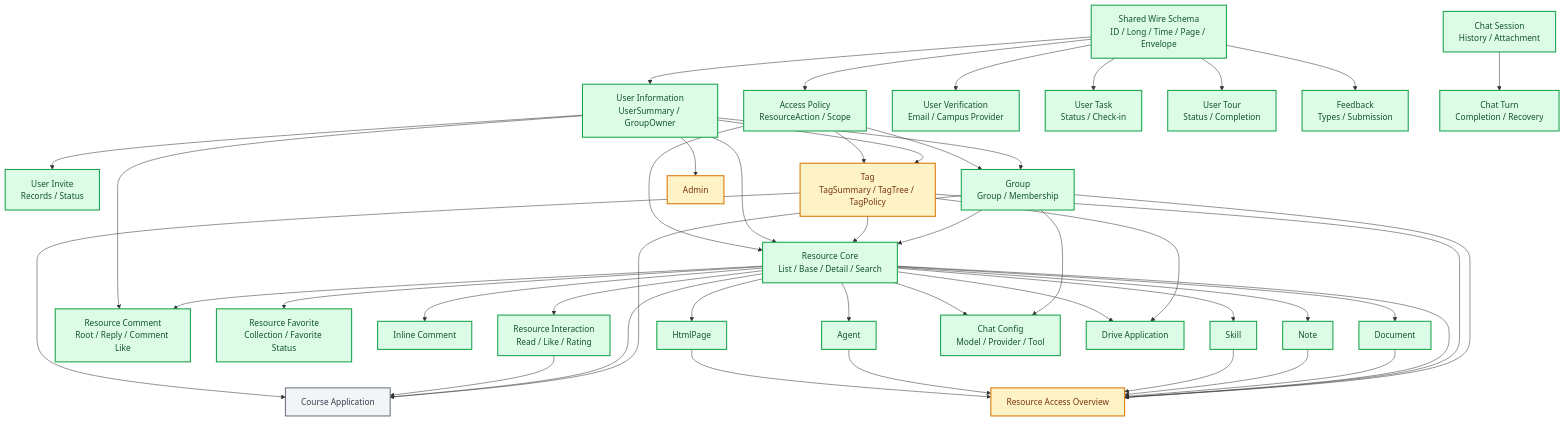
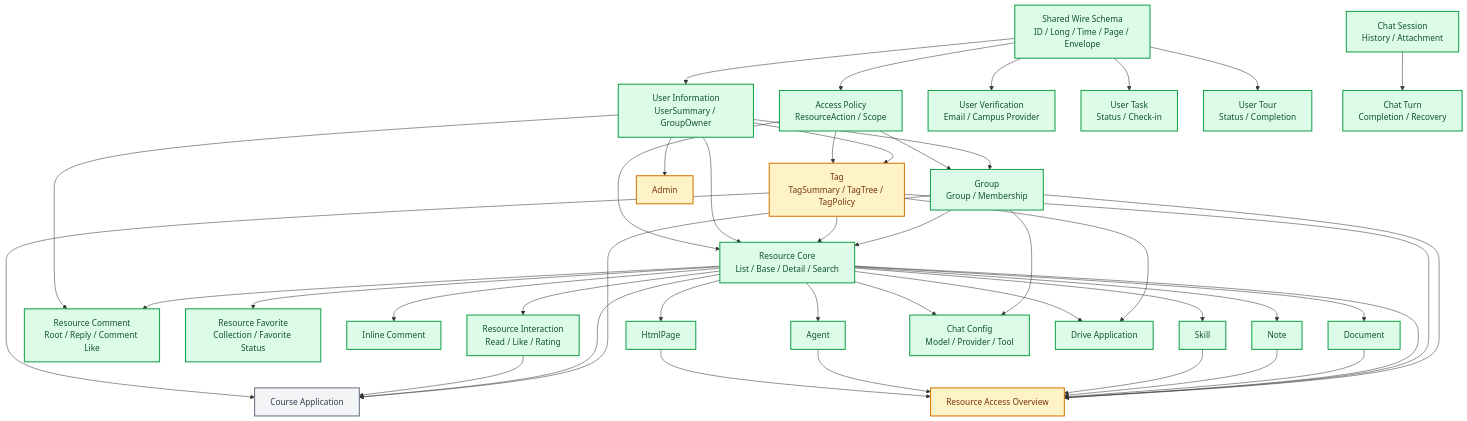
Before and after one commit to Oriole-FDU/WisePenView: the diagram in agent/docs/schema-contract-roadmap.md, drawn with Mermaid. The commit also changed other lines of this file and 3 other files, not shown here.

````diff
--- a/agent/docs/schema-contract-roadmap.md
+++ b/agent/docs/schema-contract-roadmap.md
@@ -38,81 +38,77 @@
 ```mermaid
 flowchart TD
   W[Shared Wire Schema<br/>ID / Long / Time / Page / Envelope]
   A[Access Policy<br/>ResourceAction / Scope]
   U[User Information<br/>UserSummary / GroupOwner]
   UV[User Verification<br/>Email / Campus Provider]
   UT[User Task<br/>Status / Check-in]
   UR[User Tour<br/>Status / Completion]
-  WI[User Invite<br/>Records / Status]
-  FB[Feedback<br/>Types / Submission]
   G[Group<br/>Group / Membership]
   T[Tag<br/>TagSummary / TagTree / TagPolicy]
   R[Resource Core<br/>List / Base / Detail / Search]
   I[Resource Interaction<br/>Read / Like / Rating]
   CM[Resource Comment<br/>Root / Reply / Comment Like]
   F[Resource Favorite<br/>Collection / Favorite Status]
   C[Inline Comment]
   D[Document]
   N[Note]
   S[Skill]
   AG[Agent]
   H[HtmlPage]
   CHS[Chat Session<br/>History / Attachment]
   CHT[Chat Turn<br/>Completion / Recovery]
   CHC[Chat Config<br/>Model / Provider / Tool]
   CO[Course Application]
   DR[Drive Application]
   RA[Resource Access Overview]
   AD[Admin]
 
   W --> A
   W --> U
   W --> UV
   W --> UT
   W --> UR
-  W --> FB
-  U --> WI
   U --> G
   A --> G
   U --> T
   A --> T
   G --> R
   T --> R
   U --> R
   A --> R
   R --> I
   R --> CM
   U --> CM
   R --> F
   R --> C
   R --> D
   R --> N
   R --> S
   R --> AG
   R --> H
   G --> CHC
   R --> CHC
   CHS --> CHT
   G --> CO
   R --> CO
   I --> CO
   T --> CO
   T --> DR
   R --> DR
   G --> RA
   T --> RA
   R --> RA
   D --> RA
   N --> RA
   S --> RA
   AG --> RA
   H --> RA
   U --> AD
 
   classDef completed fill:#dcfce7,stroke:#16a34a,color:#14532d,stroke-width:2px
   classDef partial fill:#fef3c7,stroke:#d97706,color:#78350f,stroke-width:2px
   classDef decision fill:#f3f4f6,stroke:#6b7280,color:#374151,stroke-width:2px
-  class W,A,U,UV,UT,UR,WI,FB,G,R,I,CM,F,C,D,N,S,AG,H,CHS,CHT,CHC,DR completed
+  class W,A,U,UV,UT,UR,G,R,I,CM,F,C,D,N,S,AG,H,CHS,CHT,CHC,DR completed
   class T,AD,RA partial
   class CO decision
 ```
````
